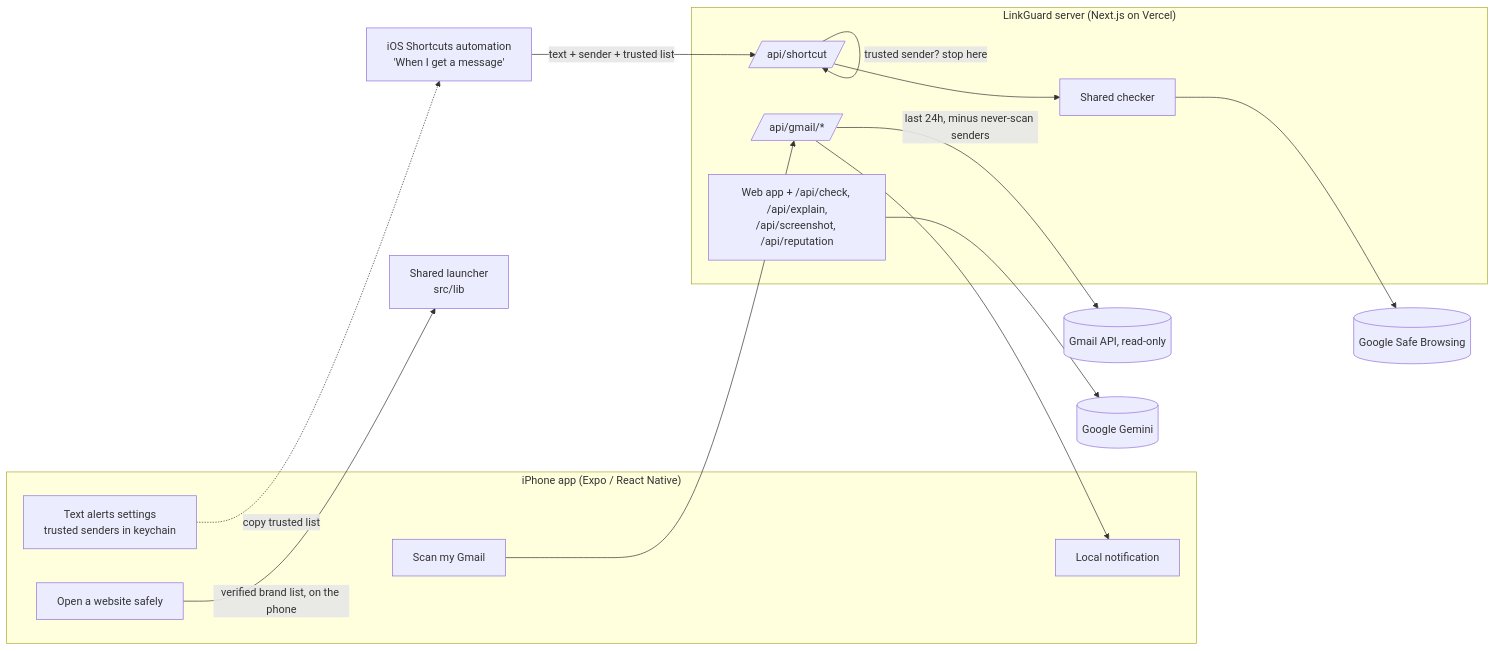
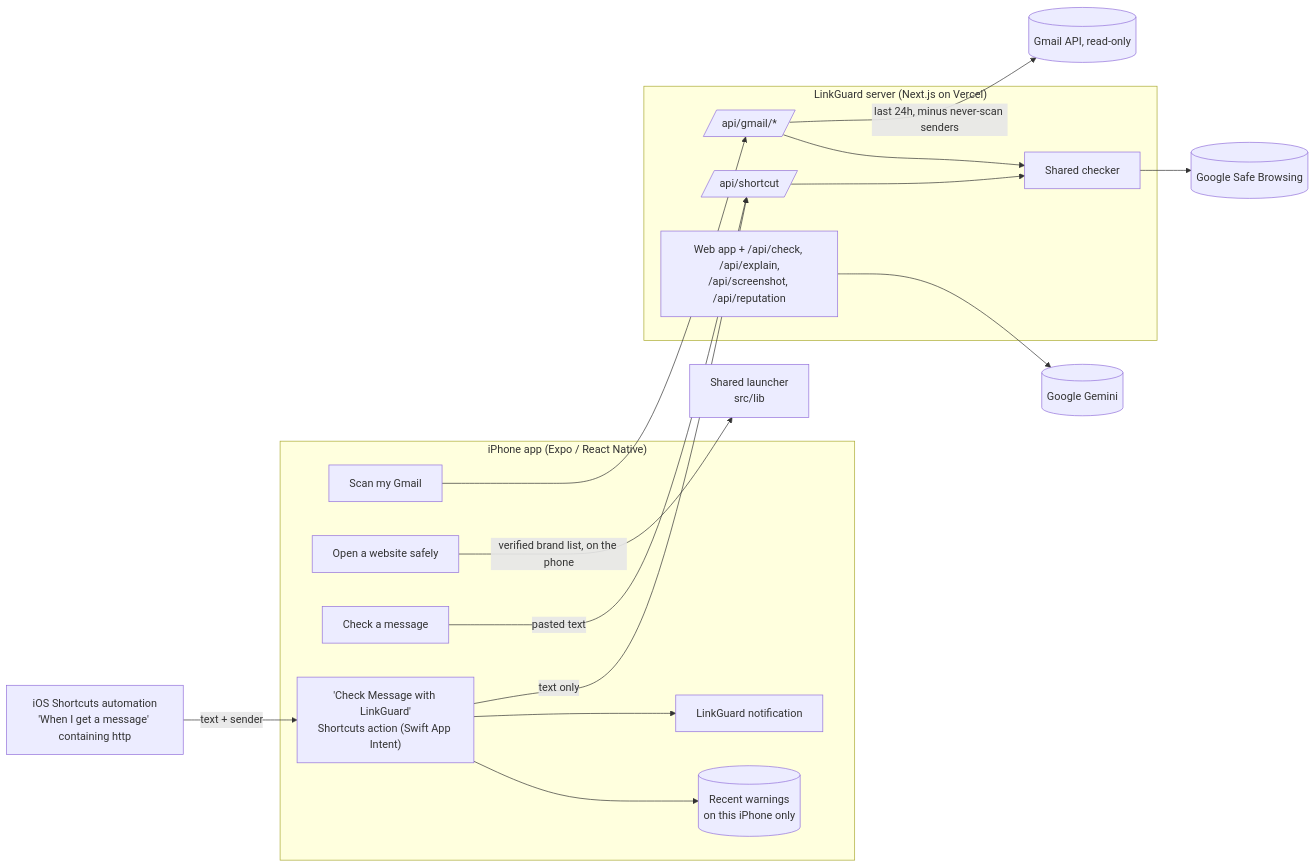
One commit to Deepakrajkumar007/safeguard changed the diagram in README.md. Above: the diagram before and after it, drawn with Mermaid. The commit also changed other lines of this file and 45 other files, not shown here.

````diff
--- a/README.md
+++ b/README.md
@@ -51,25 +54,29 @@
 ```mermaid
 flowchart LR
   subgraph Phone["iPhone app (Expo / React Native)"]
     G[Scan my Gmail]
     O[Open a website safely]
-    T[Text alerts settings<br/>trusted senders in keychain]
-    N[Local notification]
+    P[Check a message]
+    A["'Check Message with LinkGuard'<br/>Shortcuts action (Swift App Intent)"]
+    RW[(Recent warnings<br/>on this iPhone only)]
+    N[LinkGuard notification]
   end
+  S["iOS Shortcuts automation<br/>'When I get a message' containing http"] -->|text + sender| A
   O -->|verified brand list, on the phone| L[Shared launcher<br/>src/lib]
-  S["iOS Shortcuts automation<br/>'When I get a message'"] -->|text + sender + trusted list| SH
-  T -.->|copy trusted list| S
+  A -->|text only| SH
+  P -->|pasted text| SH
+  A --> N
+  A --> RW
   subgraph Server["LinkGuard server (Next.js on Vercel)"]
     GM[/api/gmail/*/]
     SH[/api/shortcut/]
     C[Shared checker]
     W[Web app + /api/check, /api/explain,<br/>/api/screenshot, /api/reputation]
   end
   G --> GM
   GM -->|last 24h, minus never-scan senders| GML[(Gmail API, read-only)]
-  GM --> N
-  SH -->|trusted sender? stop here| SH
   SH --> C
+  GM --> C
   C --> SB[(Google Safe Browsing)]
   W --> GEM[(Google Gemini)]
 ```
````
